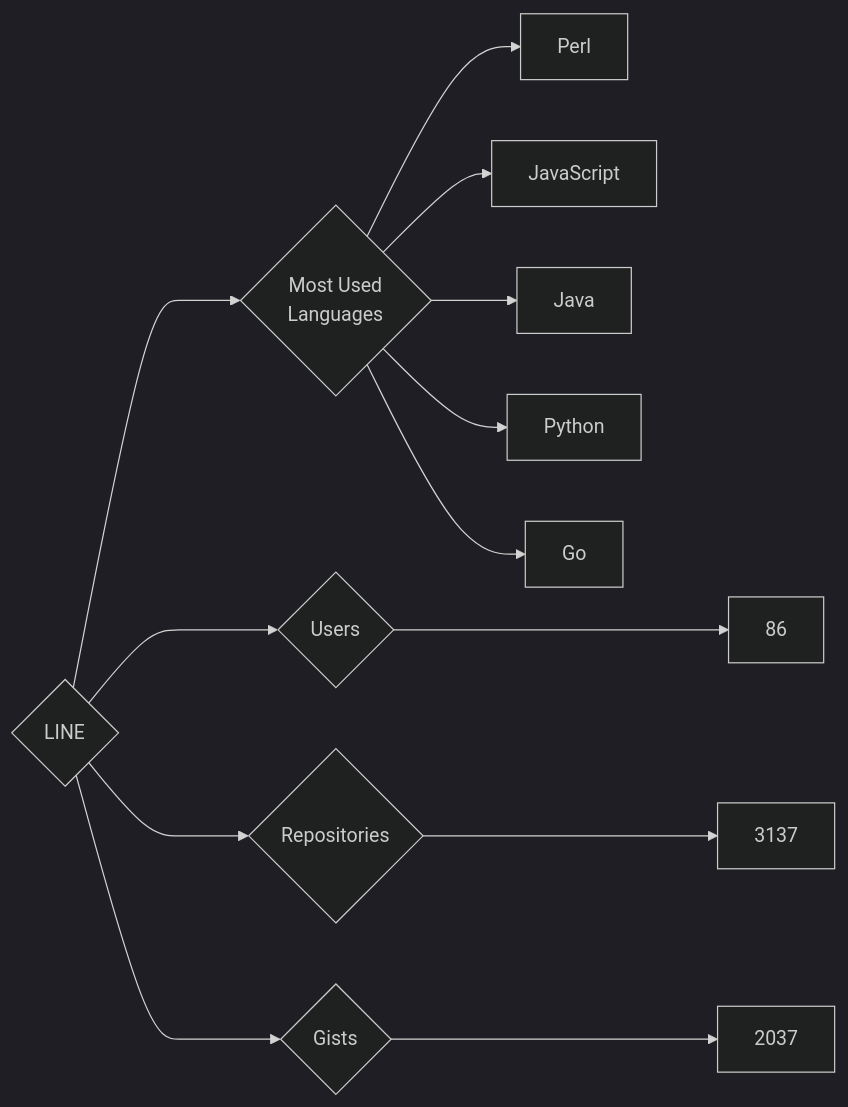
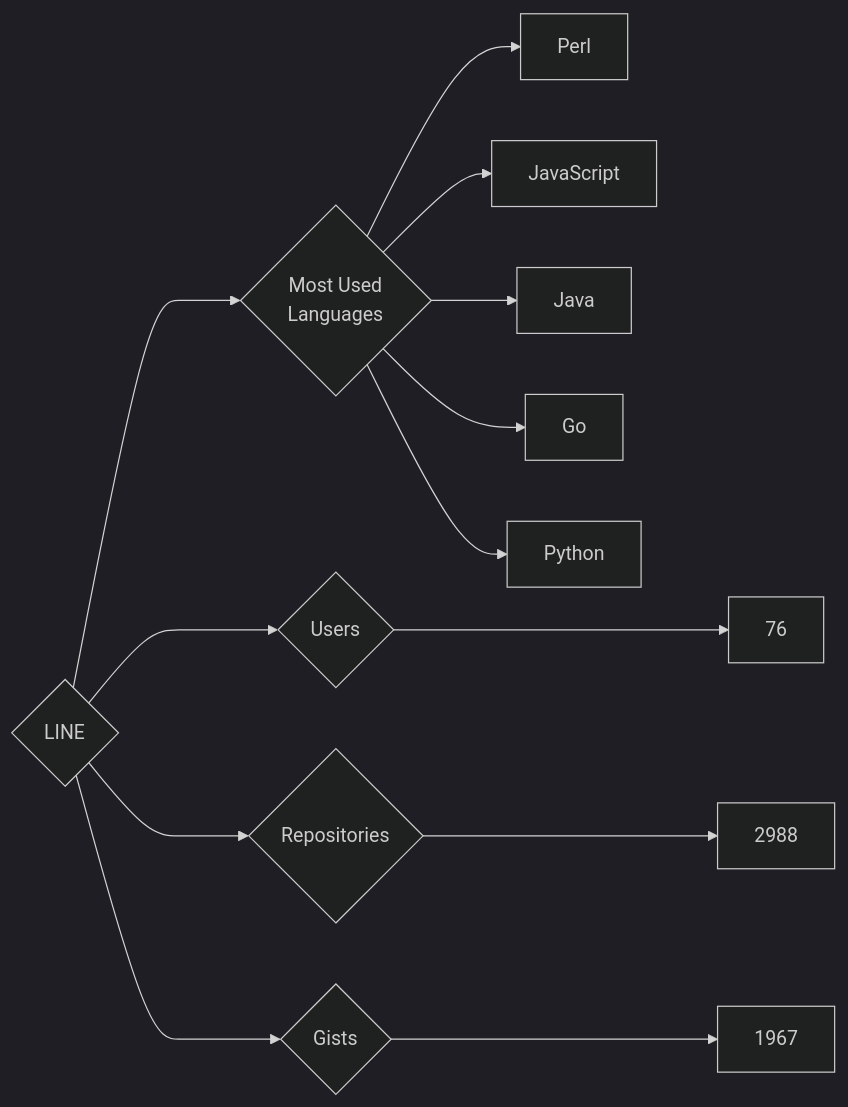
One commit to trickest/insiders changed the diagram in targets/LINE/README.md. Above: the diagram before and after it, drawn with Mermaid (dark theme). The commit also changed 903 other files, not shown here.

````diff
--- a/targets/LINE/README.md
+++ b/targets/LINE/README.md
@@ -3,13 +3,13 @@
 ```mermaid
 graph LR
 COMPANY_NAME{LINE}
-COMPANY_NAME ---> U{Users} ---> UN[86]
-COMPANY_NAME ---> R{Repositories} ---> RN[3137]
-COMPANY_NAME ---> G{Gists} ---> GN[2037]
+COMPANY_NAME ---> U{Users} ---> UN[76]
+COMPANY_NAME ---> R{Repositories} ---> RN[2988]
+COMPANY_NAME ---> G{Gists} ---> GN[1967]
 COMPANY_NAME ---> ML{Most Used<br>Languages}
 ML --> Perl[Perl]
 ML --> JavaScript[JavaScript]
 ML --> Java[Java]
+ML --> Go[Go]
 ML --> Python[Python]
-ML --> Go[Go]
 ```
````
